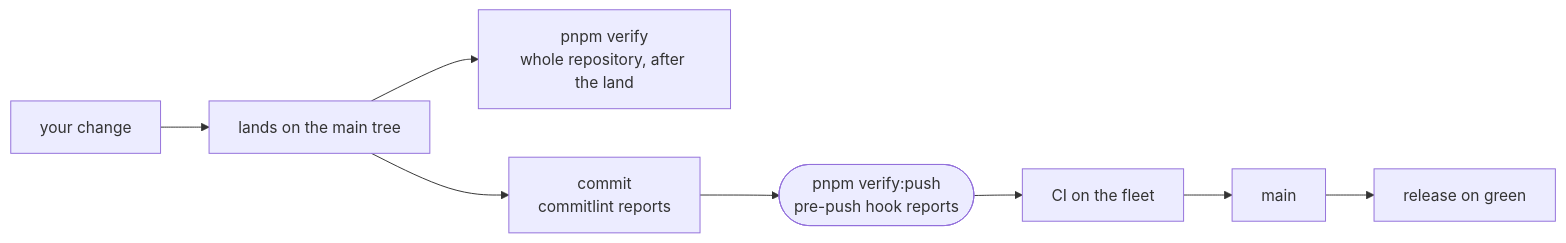
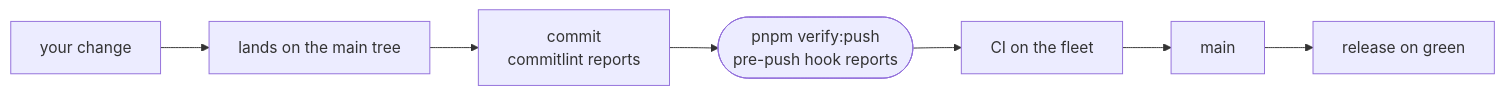
Before and after one commit to intentic/intentic: the diagram in CONTRIBUTING.md, drawn with Mermaid. The commit also changed other lines of this file and 284 other files, not shown here.

````diff
--- a/CONTRIBUTING.md
+++ b/CONTRIBUTING.md
@@ -5,10 +5,9 @@
 ```mermaid
 flowchart LR
     edit["your change"] --> land["lands on the main tree"]
-    land --> verify["pnpm verify<br/>whole repository, after the land"]
     land --> commit["commit<br/>commitlint reports"]
     commit --> push(["pnpm verify:push<br/>pre-push hook reports"])
     push --> ci["CI on the fleet"]
     ci --> main["main"]
     main --> release["release on green"]
 ```
````
